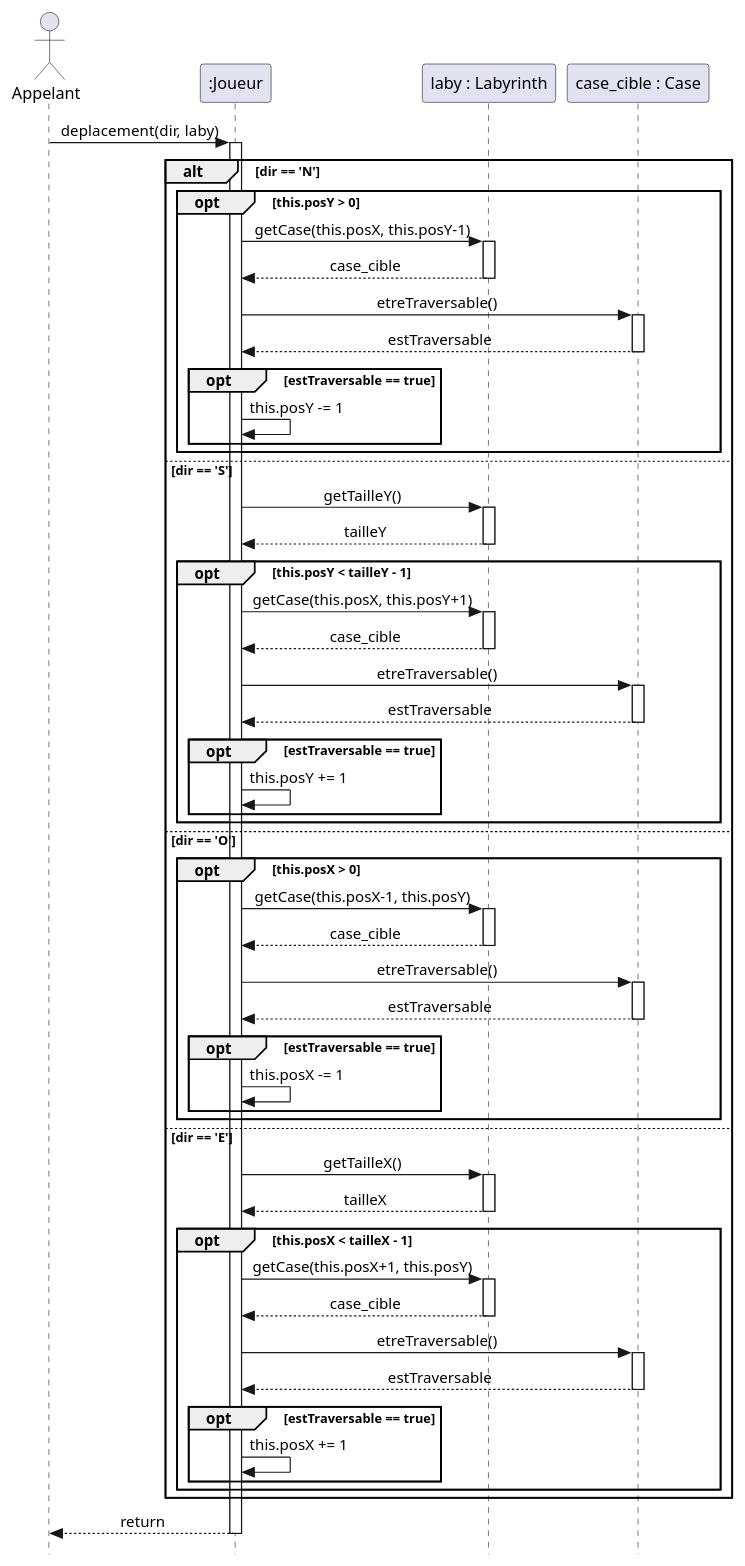
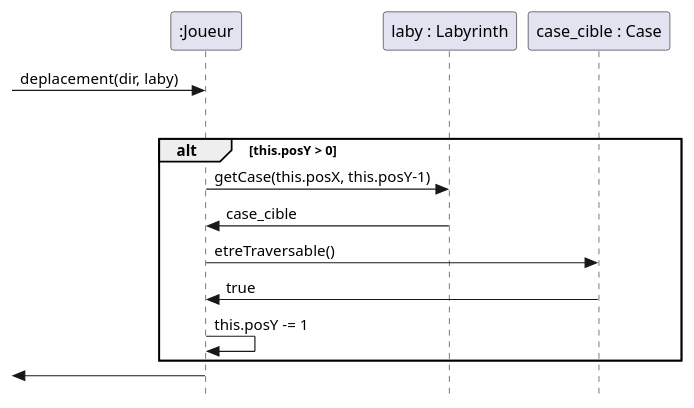
One commit to Zayd54500/2026_COO_Zeldiablo_ZB_VJ_HD_MM changed the diagram in projet_zeldiablo/documents/version_2/DiagrammeSequenceMurEtreTraversable.puml. Above: the diagram before and after it, drawn with PlantUML.

Commit message:
modification diagramme de seq

```diff
--- a/projet_zeldiablo/documents/version_2/DiagrammeSequenceMurEtreTraversable.puml
+++ b/projet_zeldiablo/documents/version_2/DiagrammeSequenceMurEtreTraversable.puml
@@ -1,95 +1,25 @@
 @startuml
+hide footbox
 skinparam style strictuml
-skinparam SequenceMessageAlign center
 
-actor "Appelant" as Actor
 participant ":Joueur" as J
 participant "laby : Labyrinth" as L
 participant "case_cible : Case" as C
 
-Actor -> J : deplacement(dir, laby)
-activate J
+-> J : deplacement(dir, laby)
 
 alt dir == 'N'
-    opt this.posY > 0
+    alt this.posY > 0
         J -> L : getCase(this.posX, this.posY-1)
-        activate L
-        L --> J : case_cible
-        deactivate L
+        L -> J : case_cible
         
         J -> C : etreTraversable()
-        activate C
-        C --> J : estTraversable
-        deactivate C
+        C -> J : true
         
-        opt estTraversable == true
-            J -> J : this.posY -= 1
-        end
+        J -> J : this.posY -= 1
     end
+    
 
-else dir == 'S'
-    J -> L : getTailleY()
-    activate L
-    L --> J : tailleY
-    deactivate L
-
-    opt this.posY < tailleY - 1
-        J -> L : getCase(this.posX, this.posY+1)
-        activate L
-        L --> J : case_cible
-        deactivate L
-        
-        J -> C : etreTraversable()
-        activate C
-        C --> J : estTraversable
-        deactivate C
-        
-        opt estTraversable == true
-            J -> J : this.posY += 1
-        end
-    end
-
-else dir == 'O'
-    opt this.posX > 0
-        J -> L : getCase(this.posX-1, this.posY)
-        activate L
-        L --> J : case_cible
-        deactivate L
-        
-        J -> C : etreTraversable()
-        activate C
-        C --> J : estTraversable
-        deactivate C
-        
-        opt estTraversable == true
-            J -> J : this.posX -= 1
-        end
-    end
-
-else dir == 'E'
-    J -> L : getTailleX()
-    activate L
-    L --> J : tailleX
-    deactivate L
-
-    opt this.posX < tailleX - 1
-        J -> L : getCase(this.posX+1, this.posY)
-        activate L
-        L --> J : case_cible
-        deactivate L
-        
-        J -> C : etreTraversable()
-        activate C
-        C --> J : estTraversable
-        deactivate C
-        
-        opt estTraversable == true
-            J -> J : this.posX += 1
-        end
-    end
-end
-
-J --> Actor : return
-deactivate J
+<- J : 
 
 @enduml
```
